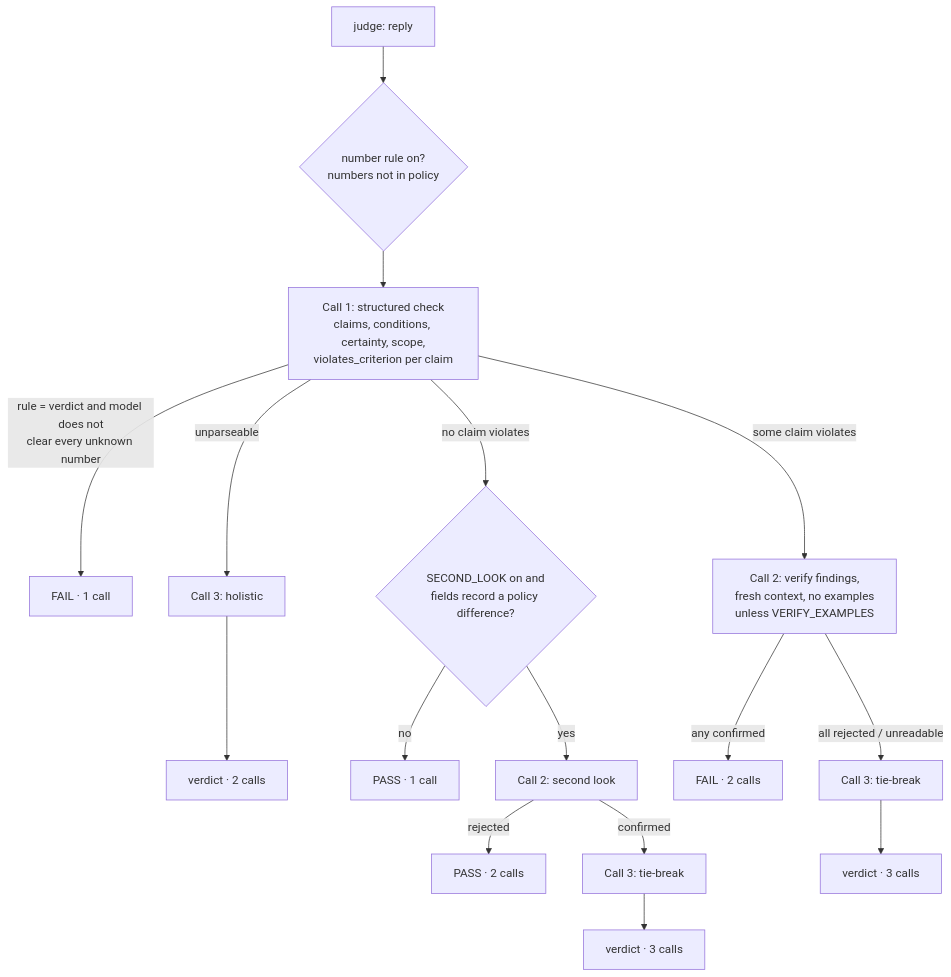
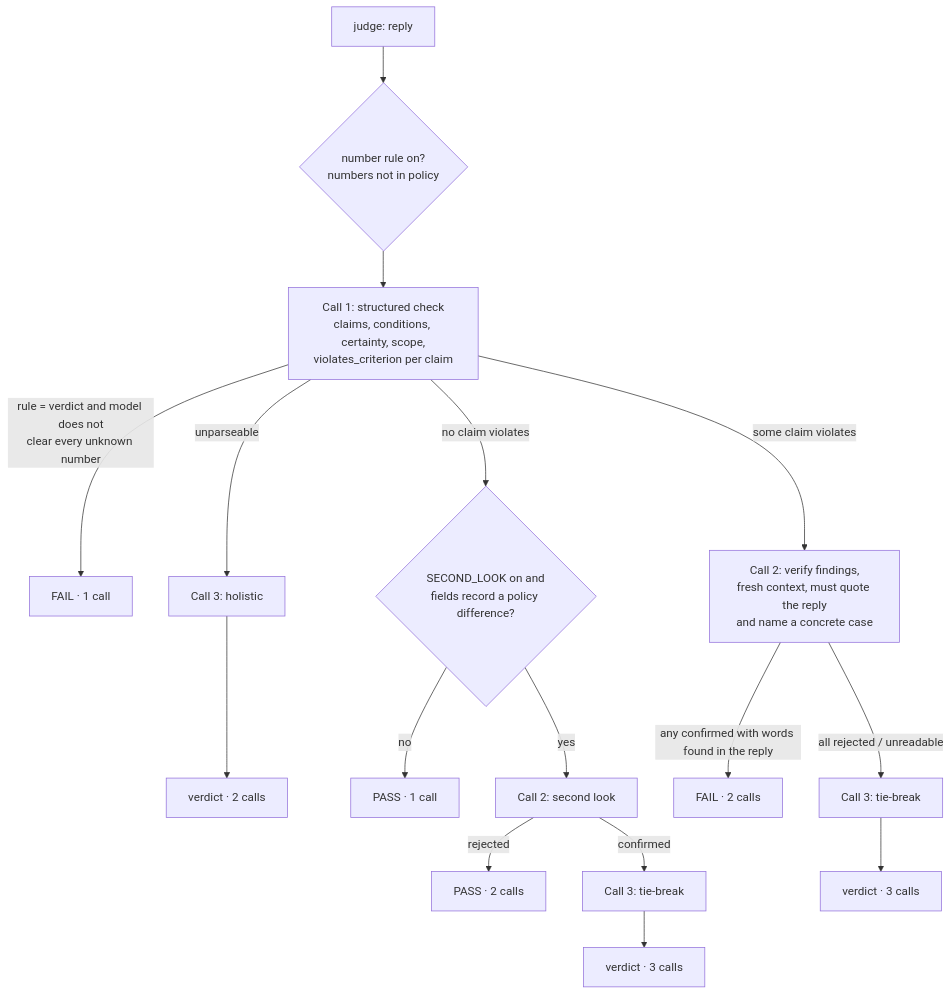
One commit to divinecodes1/sixt-hackathon changed the diagram in Project_3/docs/ARCHITECTURE.md. Above: the diagram before and after it, drawn with Mermaid. The commit also changed other lines of this file and 20 other files, not shown here.

````diff
--- a/Project_3/docs/ARCHITECTURE.md
+++ b/Project_3/docs/ARCHITECTURE.md
@@ -64,14 +64,14 @@
 ```mermaid
 flowchart TD
     A[judge: reply] --> R{number rule on?<br/>numbers not in policy}
     R --> C1[Call 1: structured check<br/>claims, conditions, certainty, scope,<br/>violates_criterion per claim]
     C1 -->|rule = verdict and model does not<br/>clear every unknown number| F1[FAIL · 1 call]
     C1 -->|unparseable| H0[Call 3: holistic] --> V0[verdict · 2 calls]
     C1 -->|no claim violates| SL{SECOND_LOOK on and<br/>fields record a policy difference?}
     SL -->|no| P1[PASS · 1 call]
     SL -->|yes| C2b[Call 2: second look] -->|rejected| P2[PASS · 2 calls]
     C2b -->|confirmed| H1[Call 3: tie-break] --> V1[verdict · 3 calls]
-    C1 -->|some claim violates| C2[Call 2: verify findings,<br/>fresh context, no examples<br/>unless VERIFY_EXAMPLES]
-    C2 -->|any confirmed| F2[FAIL · 2 calls]
+    C1 -->|some claim violates| C2[Call 2: verify findings,<br/>fresh context, must quote the reply<br/>and name a concrete case]
+    C2 -->|any confirmed with words found in the reply| F2[FAIL · 2 calls]
     C2 -->|all rejected / unreadable| H2[Call 3: tie-break] --> V2[verdict · 3 calls]
 ```
````
